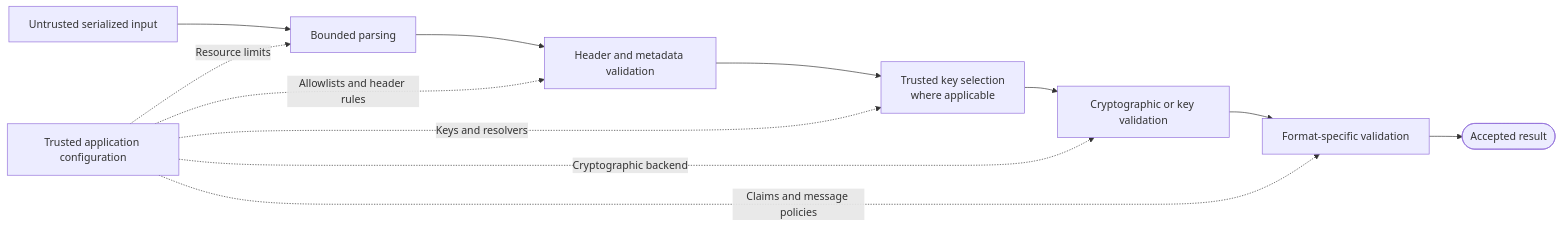
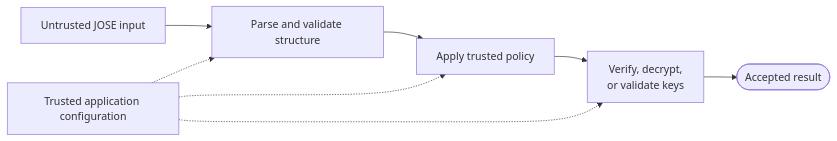
One commit to mkbeh/xjose changed the second of 20 diagrams in DESIGN.md. Above: the diagram before and after it, drawn with Mermaid. The commit also changed other lines of this file, not shown here.

Commit message:
docs: refine architectural design

````diff
--- a/DESIGN.md
+++ b/DESIGN.md
@@ -103,22 +112,16 @@
 ```mermaid
 flowchart LR
-    Input[Untrusted serialized input]
-    Parse[Bounded parsing]
-    Policy[Header and metadata validation]
-    Resolve[Trusted key selection<br/>where applicable]
-    Operation[Cryptographic or key validation]
-    Semantics[Format-specific validation]
+    Input[Untrusted JOSE input]
+    Parse[Parse and validate structure]
+    Policy[Apply trusted policy]
+    Operation[Verify, decrypt,<br/>or validate keys]
     Result([Accepted result])
     Config[Trusted application configuration]
     Input --> Parse
     Parse --> Policy
-    Policy --> Resolve
-    Resolve --> Operation
-    Operation --> Semantics
-    Semantics --> Result
-    Config -.->|Resource limits| Parse
-    Config -.->|Allowlists and header rules| Policy
-    Config -.->|Keys and resolvers| Resolve
-    Config -.->|Cryptographic backend| Operation
-    Config -.->|Claims and message policies| Semantics
+    Policy --> Operation
+    Operation --> Result
+    Config -.-> Parse
+    Config -.-> Policy
+    Config -.-> Operation
 ```
````
